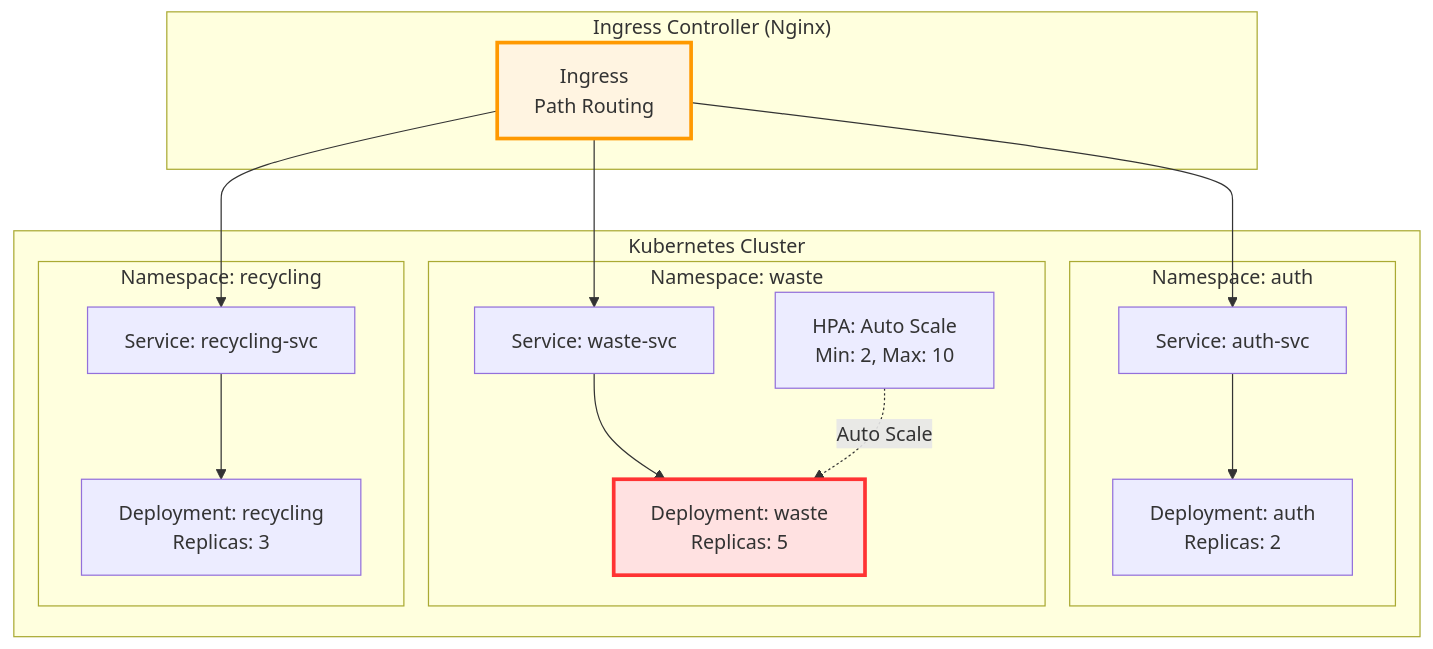
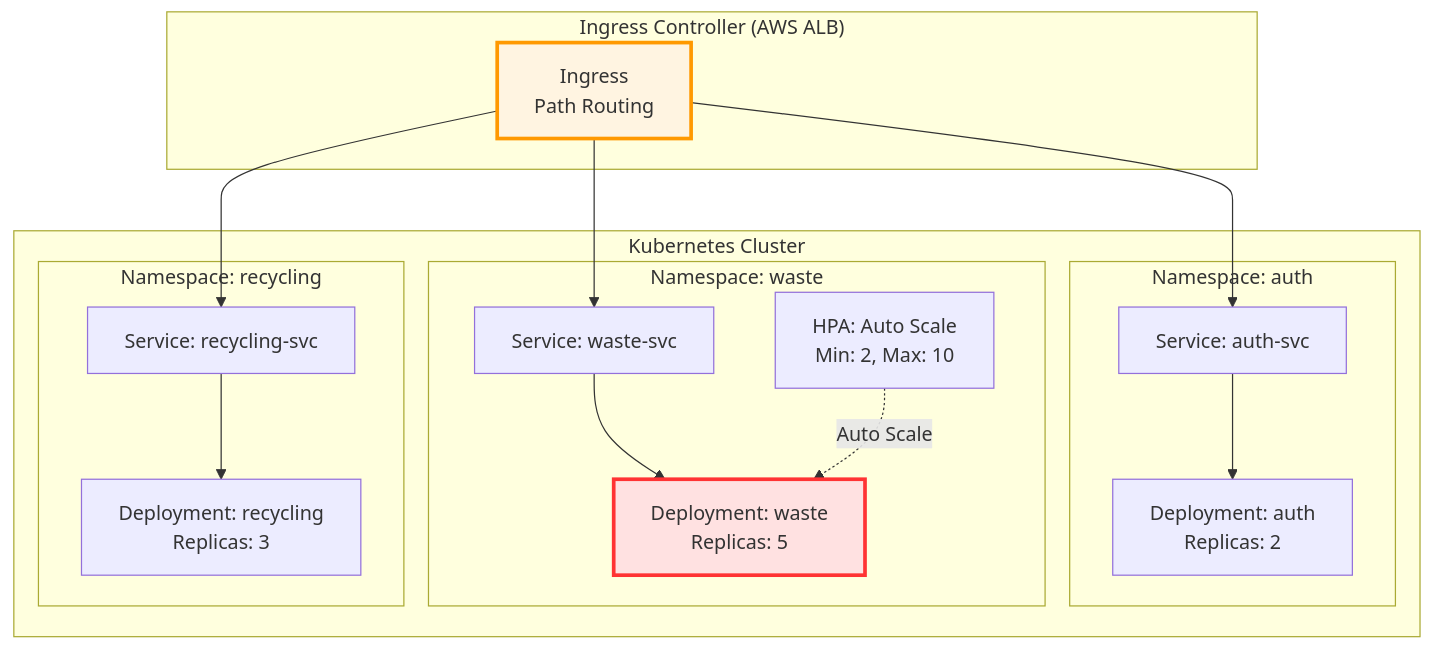
The fifth of 9 diagrams in docs/architecture/microservices-architecture.md (eco2-team/backend), drawn with Mermaid before and after one commit. The commit also changed other lines of this file, not shown here.

Commit message:
docs: Update microservices-architecture Kubernetes Ingress to ALB
Update Kubernetes section:
- Ingress Controller (Nginx) → (AWS ALB)

Docker Compose section kept as-is:
- nginx:alpine is valid for Docker Compose examples

Only Kubernetes deployment updated to ALB.

````diff
--- a/docs/architecture/microservices-architecture.md
+++ b/docs/architecture/microservices-architecture.md
@@ -321,37 +321,37 @@
 ```mermaid
 graph TB
-    subgraph Ingress["Ingress Controller (Nginx)"]
+    subgraph Ingress["Ingress Controller (AWS ALB)"]
         IG[Ingress<br/>Path Routing]
     end
     
     subgraph K8s["Kubernetes Cluster"]
         subgraph NS1["Namespace: auth"]
             AuthDep[Deployment: auth<br/>Replicas: 2]
             AuthSvc[Service: auth-svc]
         end
         
         subgraph NS2["Namespace: waste"]
             WasteDep[Deployment: waste<br/>Replicas: 5]
             WasteSvc[Service: waste-svc]
             WasteHPA[HPA: Auto Scale<br/>Min: 2, Max: 10]
         end
         
         subgraph NS3["Namespace: recycling"]
             RecyclingDep[Deployment: recycling<br/>Replicas: 3]
             RecyclingSvc[Service: recycling-svc]
         end
     end
     
     IG --> AuthSvc
     IG --> WasteSvc
     IG --> RecyclingSvc
     
     AuthSvc --> AuthDep
     WasteSvc --> WasteDep
     RecyclingSvc --> RecyclingDep
     
     WasteHPA -.->|Auto Scale| WasteDep
     
     style IG fill:#fff4e1,stroke:#ff9900,stroke-width:3px
     style WasteDep fill:#ffe1e1,stroke:#ff3333,stroke-width:3px
 ```
````
